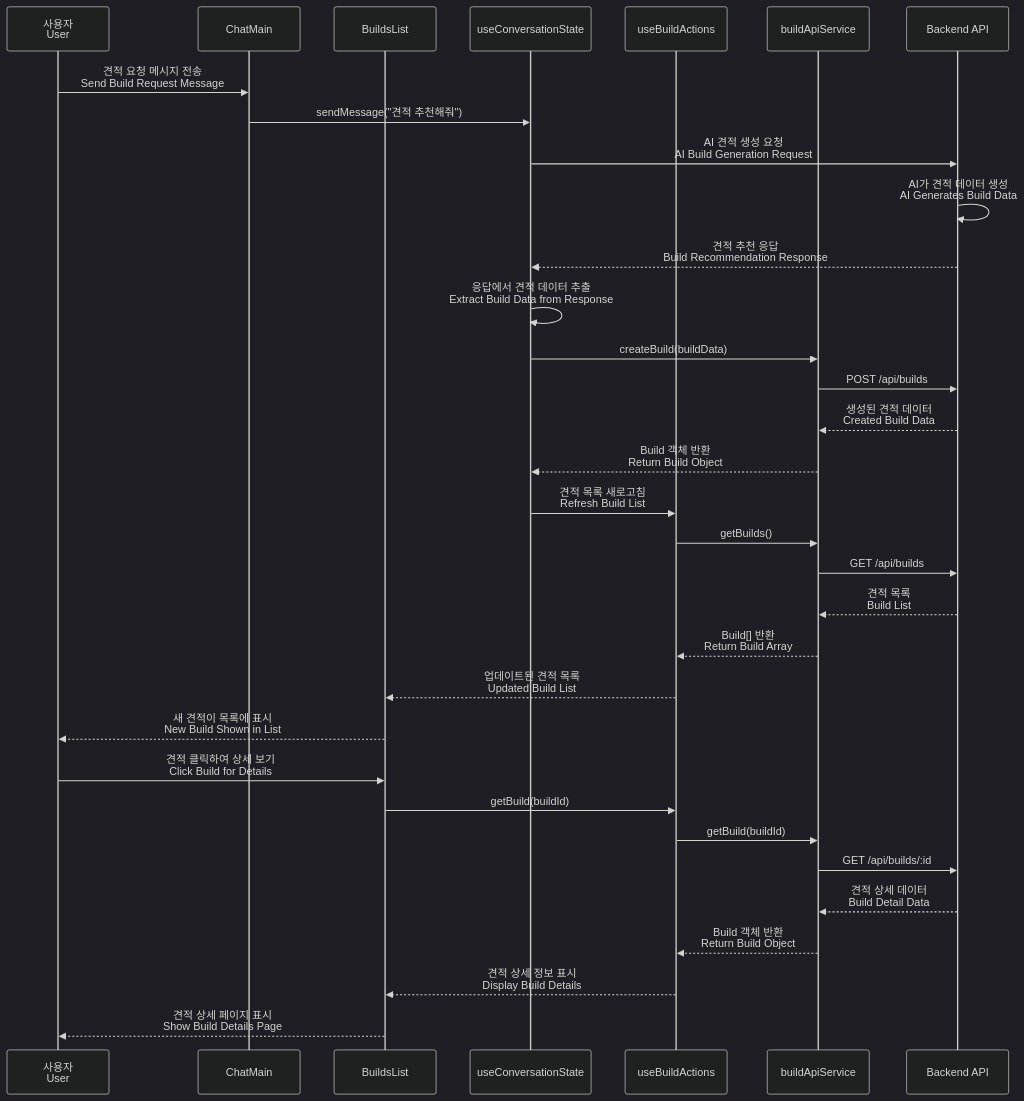
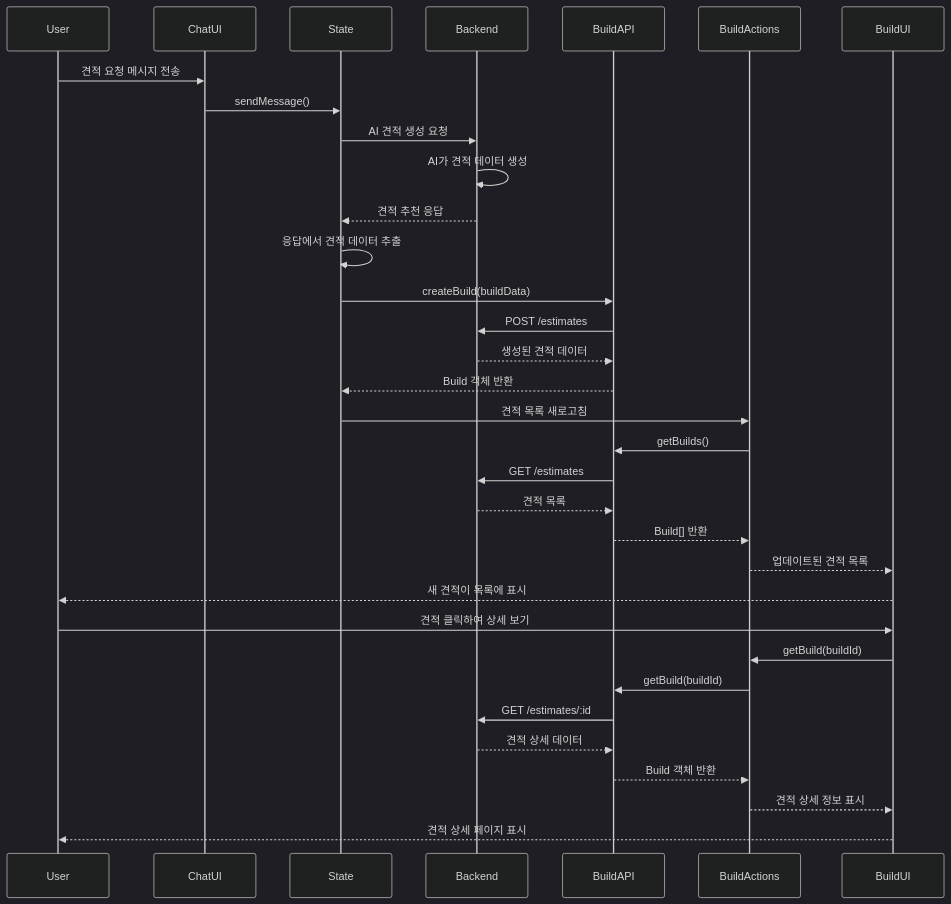
Before and after one commit to p0pular131/askspec-chat-assistant: diagram 11 of 20 in docs/design-specification.md, drawn with Mermaid (dark theme). The commit also changed other lines of this file, not shown here.

Commit message:
asdfasdf

````diff
--- a/docs/design-specification.md
+++ b/docs/design-specification.md
@@ -578,40 +567,32 @@
 ```mermaid
 sequenceDiagram
-    participant User as 사용자<br/>User
-    participant ChatUI as ChatMain
-    participant BuildUI as BuildsList
-    participant State as useConversationState
-    participant BuildActions as useBuildActions
-    participant BuildAPI as buildApiService
-    participant Backend as Backend API
-
-    User->>ChatUI: 견적 요청 메시지 전송<br/>Send Build Request Message
-    ChatUI->>State: sendMessage("견적 추천해줘")
-    State->>Backend: AI 견적 생성 요청<br/>AI Build Generation Request
-    Backend->>Backend: AI가 견적 데이터 생성<br/>AI Generates Build Data
-    Backend-->>State: 견적 추천 응답<br/>Build Recommendation Response
+    User->>ChatUI: 견적 요청 메시지 전송
+    ChatUI->>State: sendMessage()
+    State->>Backend: AI 견적 생성 요청
+    Backend->>Backend: AI가 견적 데이터 생성
+    Backend-->>State: 견적 추천 응답
     
-    State->>State: 응답에서 견적 데이터 추출<br/>Extract Build Data from Response
+    State->>State: 응답에서 견적 데이터 추출
     State->>BuildAPI: createBuild(buildData)
-    BuildAPI->>Backend: POST /api/builds
-    Backend-->>BuildAPI: 생성된 견적 데이터<br/>Created Build Data
-    BuildAPI-->>State: Build 객체 반환<br/>Return Build Object
+    BuildAPI->>Backend: POST /estimates
+    Backend-->>BuildAPI: 생성된 견적 데이터
+    BuildAPI-->>State: Build 객체 반환
     
-    State->>BuildActions: 견적 목록 새로고침<br/>Refresh Build List
+    State->>BuildActions: 견적 목록 새로고침
     BuildActions->>BuildAPI: getBuilds()
-    BuildAPI->>Backend: GET /api/builds
-    Backend-->>BuildAPI: 견적 목록<br/>Build List
-    BuildAPI-->>BuildActions: Build[] 반환<br/>Return Build Array
+    BuildAPI->>Backend: GET /estimates
+    Backend-->>BuildAPI: 견적 목록
+    BuildAPI-->>BuildActions: Build[] 반환
     
-    BuildActions-->>BuildUI: 업데이트된 견적 목록<br/>Updated Build List
-    BuildUI-->>User: 새 견적이 목록에 표시<br/>New Build Shown in List
+    BuildActions-->>BuildUI: 업데이트된 견적 목록
+    BuildUI-->>User: 새 견적이 목록에 표시
     
-    User->>BuildUI: 견적 클릭하여 상세 보기<br/>Click Build for Details
+    User->>BuildUI: 견적 클릭하여 상세 보기
     BuildUI->>BuildActions: getBuild(buildId)
     BuildActions->>BuildAPI: getBuild(buildId)
-    BuildAPI->>Backend: GET /api/builds/:id
-    Backend-->>BuildAPI: 견적 상세 데이터<br/>Build Detail Data
-    BuildAPI-->>BuildActions: Build 객체 반환<br/>Return Build Object
-    BuildActions-->>BuildUI: 견적 상세 정보 표시<br/>Display Build Details
-    BuildUI-->>User: 견적 상세 페이지 표시<br/>Show Build Details Page
+    BuildAPI->>Backend: GET /estimates/:id
+    Backend-->>BuildAPI: 견적 상세 데이터
+    BuildAPI-->>BuildActions: Build 객체 반환
+    BuildActions-->>BuildUI: 견적 상세 정보 표시
+    BuildUI-->>User: 견적 상세 페이지 표시
 ```
````
